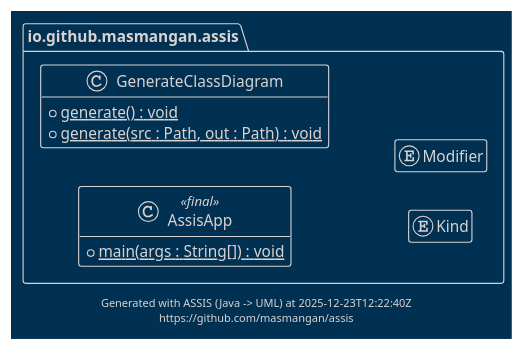
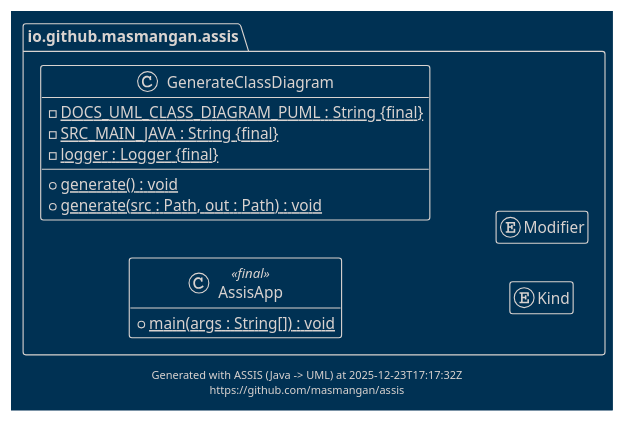
The diagram in docs/uml/class-diagram.puml (masmangan/assis), drawn with PlantUML before and after one commit. The commit also changed 5 other files, not shown here.

```diff
--- a/docs/uml/class-diagram.puml
+++ b/docs/uml/class-diagram.puml
@@ -1,28 +1,31 @@
 @startuml class-diagram
 
 hide empty members
 !theme blueprint
 !pragma useIntermediatePackages false
 
 package "io.github.masmangan.assis" {
 class AssisApp <<final>> {
   + main(args : String[]) : void {static}
 }
 class GenerateClassDiagram {
+  - {static} DOCS_UML_CLASS_DIAGRAM_PUML : String {final}
+  - {static} SRC_MAIN_JAVA : String {final}
+  - {static} logger : Logger {final}
   + generate() : void {static}
   + generate(src : Path, out : Path) : void {static}
 }
 enum Kind {
 }
 enum Modifier {
 }
 }
 
 left to right direction
 
 center footer
-Generated with ASSIS (Java -> UML) at 2025-12-23T12:22:40Z
+Generated with ASSIS (Java -> UML) at 2025-12-23T17:17:32Z
 https://github.com/masmangan/assis
 end footer
 
 @enduml
```
